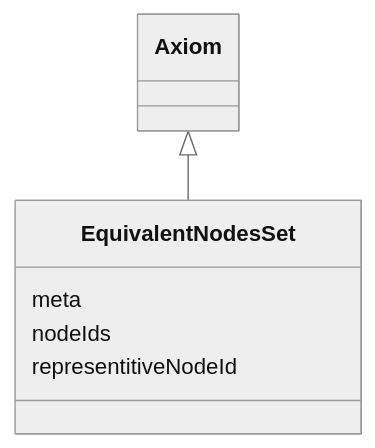
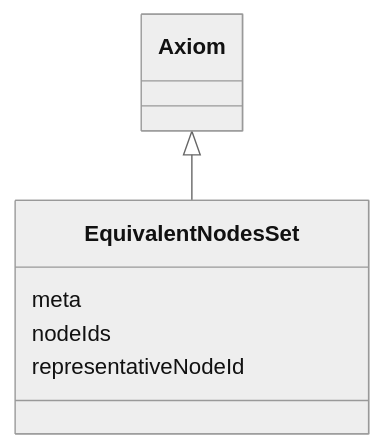
Before and after one commit to INCATools/ontology-access-kit: the diagram in obograph/EquivalentNodesSet.md, drawn with Mermaid (neutral theme). The commit also changed other lines of this file and 117 other files, not shown here.

````diff
--- a/obograph/EquivalentNodesSet.md
+++ b/obograph/EquivalentNodesSet.md
@@ -11,10 +11,10 @@
 ```{mermaid}
  classDiagram
     class EquivalentNodesSet
       Axiom <|-- EquivalentNodesSet
       
       EquivalentNodesSet : meta
       EquivalentNodesSet : nodeIds
-      EquivalentNodesSet : representitiveNodeId
+      EquivalentNodesSet : representativeNodeId
       
 ```
````
